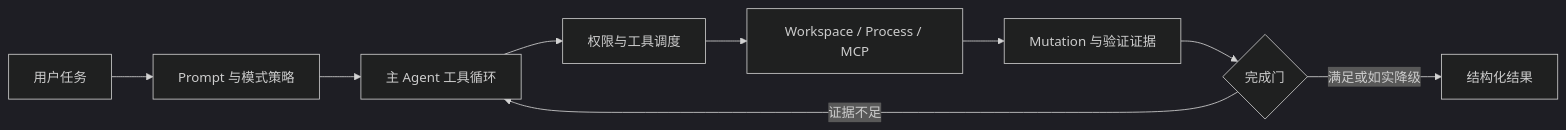
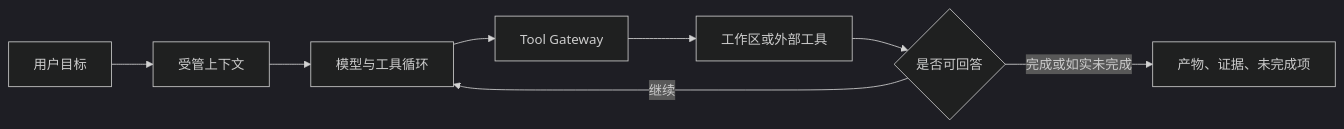
The diagram in docs/harness.md (zzc-101/Kross), drawn with Mermaid (dark theme) before and after one commit. The commit also changed other lines of this file and 82 other files, not shown here.

````diff
--- a/docs/harness.md
+++ b/docs/harness.md
@@ -7,11 +7,10 @@
 ```mermaid
 flowchart LR
-    U["用户任务"] --> P["Prompt 与模式策略"]
-    P --> L["主 Agent 工具循环"]
-    L --> G["权限与工具调度"]
-    G --> W["Workspace / Process / MCP"]
-    W --> V["Mutation 与验证证据"]
-    V --> C{"完成门"}
-    C -->|"证据不足"| L
-    C -->|"满足或如实降级"| R["结构化结果"]
+    U["用户目标"] --> C["受管上下文"]
+    C --> L["模型与工具循环"]
+    L --> G["Tool Gateway"]
+    G --> W["工作区或外部工具"]
+    W --> R{"是否可回答"}
+    R -->|继续| L
+    R -->|完成或如实未完成| O["产物、证据、未完成项"]
 ```
````
